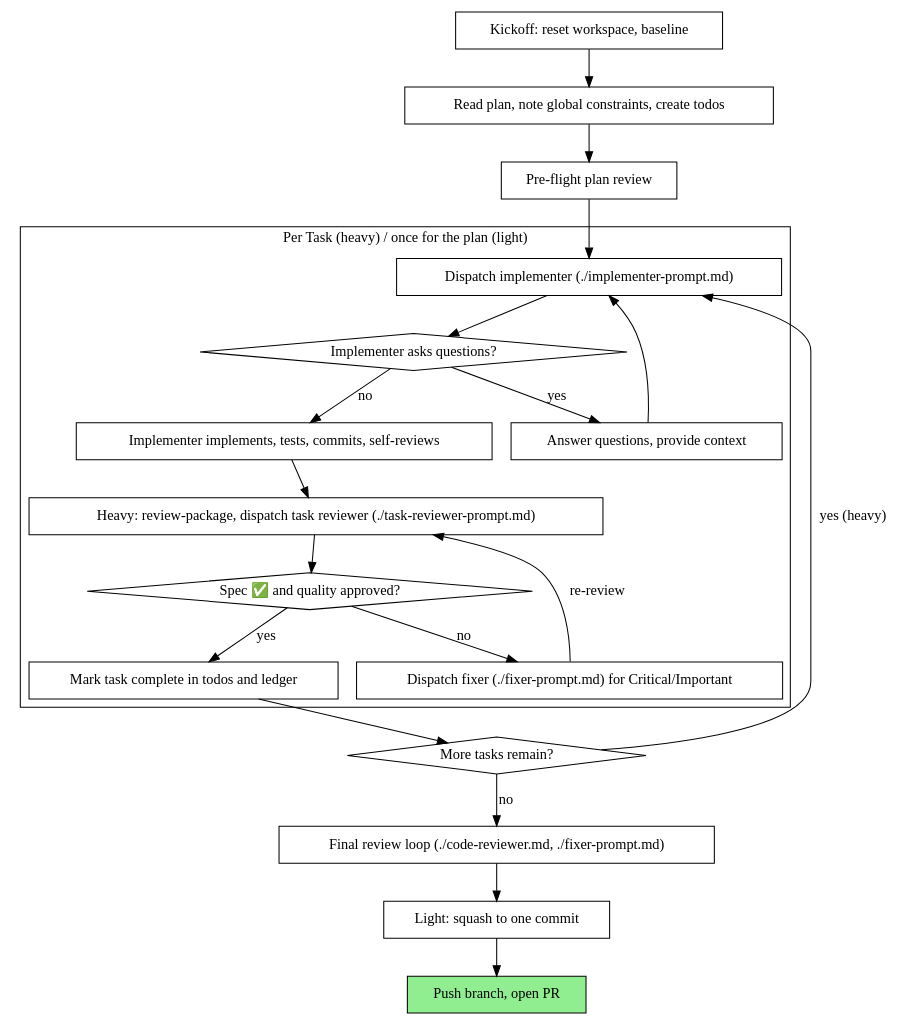
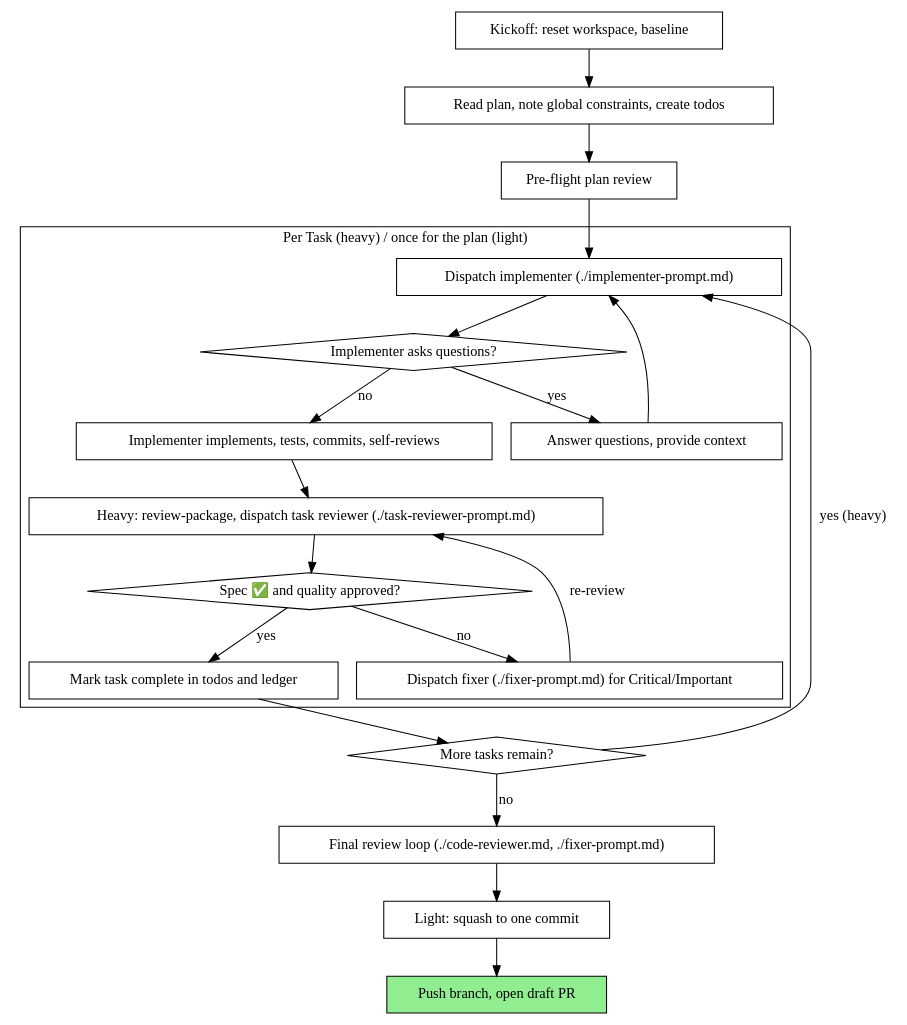
Before and after one commit to ipoeyke/minipowers: the diagram in skills/subagent-driven-development/SKILL.md, drawn with Graphviz. The commit also changed other lines of this file and 4 other files, not shown here.

Commit message:
feat: open a draft PR as the terminal state

````diff
--- a/skills/subagent-driven-development/SKILL.md
+++ b/skills/subagent-driven-development/SKILL.md
@@ -30,43 +31,43 @@
 ```dot
 digraph process {
     rankdir=TB;
 
     subgraph cluster_per_task {
         label="Per Task (heavy) / once for the plan (light)";
         "Dispatch implementer (./implementer-prompt.md)" [shape=box];
         "Implementer asks questions?" [shape=diamond];
         "Answer questions, provide context" [shape=box];
         "Implementer implements, tests, commits, self-reviews" [shape=box];
         "Heavy: review-package, dispatch task reviewer (./task-reviewer-prompt.md)" [shape=box];
         "Spec ✅ and quality approved?" [shape=diamond];
         "Dispatch fixer (./fixer-prompt.md) for Critical/Important" [shape=box];
         "Mark task complete in todos and ledger" [shape=box];
     }
 
     "Kickoff: reset workspace, baseline" [shape=box];
     "Read plan, note global constraints, create todos" [shape=box];
     "Pre-flight plan review" [shape=box];
     "More tasks remain?" [shape=diamond];
     "Final review loop (./code-reviewer.md, ./fixer-prompt.md)" [shape=box];
     "Light: squash to one commit" [shape=box];
-    "Push branch, open PR" [shape=box style=filled fillcolor=lightgreen];
+    "Push branch, open draft PR" [shape=box style=filled fillcolor=lightgreen];
 
     "Kickoff: reset workspace, baseline" -> "Read plan, note global constraints, create todos";
     "Read plan, note global constraints, create todos" -> "Pre-flight plan review";
     "Pre-flight plan review" -> "Dispatch implementer (./implementer-prompt.md)";
     "Dispatch implementer (./implementer-prompt.md)" -> "Implementer asks questions?";
     "Implementer asks questions?" -> "Answer questions, provide context" [label="yes"];
     "Answer questions, provide context" -> "Dispatch implementer (./implementer-prompt.md)";
     "Implementer asks questions?" -> "Implementer implements, tests, commits, self-reviews" [label="no"];
     "Implementer implements, tests, commits, self-reviews" -> "Heavy: review-package, dispatch task reviewer (./task-reviewer-prompt.md)";
     "Heavy: review-package, dispatch task reviewer (./task-reviewer-prompt.md)" -> "Spec ✅ and quality approved?";
     "Spec ✅ and quality approved?" -> "Dispatch fixer (./fixer-prompt.md) for Critical/Important" [label="no"];
     "Dispatch fixer (./fixer-prompt.md) for Critical/Important" -> "Heavy: review-package, dispatch task reviewer (./task-reviewer-prompt.md)" [label="re-review"];
     "Spec ✅ and quality approved?" -> "Mark task complete in todos and ledger" [label="yes"];
     "Mark task complete in todos and ledger" -> "More tasks remain?";
     "More tasks remain?" -> "Dispatch implementer (./implementer-prompt.md)" [label="yes (heavy)"];
     "More tasks remain?" -> "Final review loop (./code-reviewer.md, ./fixer-prompt.md)" [label="no"];
     "Final review loop (./code-reviewer.md, ./fixer-prompt.md)" -> "Light: squash to one commit";
-    "Light: squash to one commit" -> "Push branch, open PR";
+    "Light: squash to one commit" -> "Push branch, open draft PR";
 }
 ```
````
